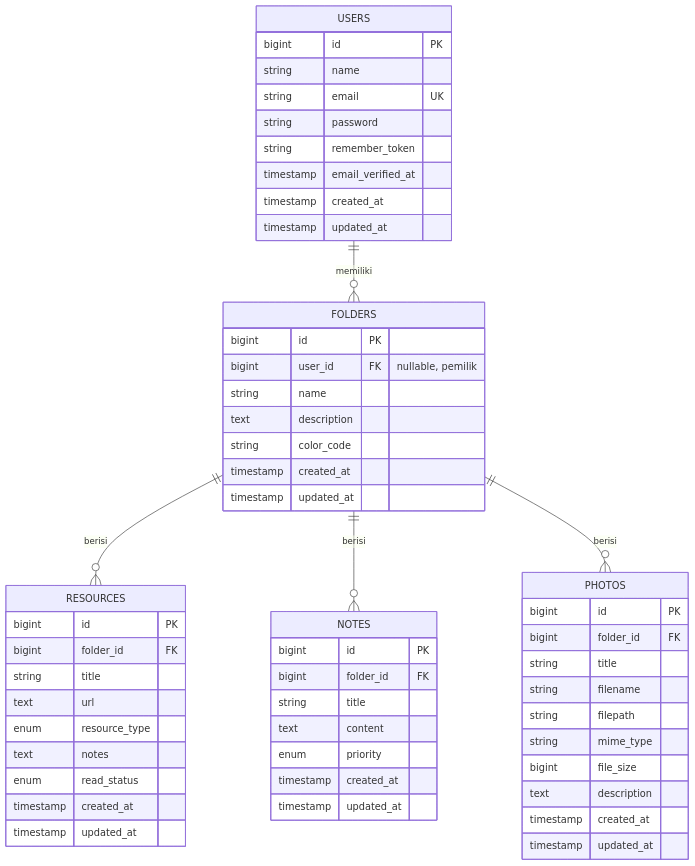
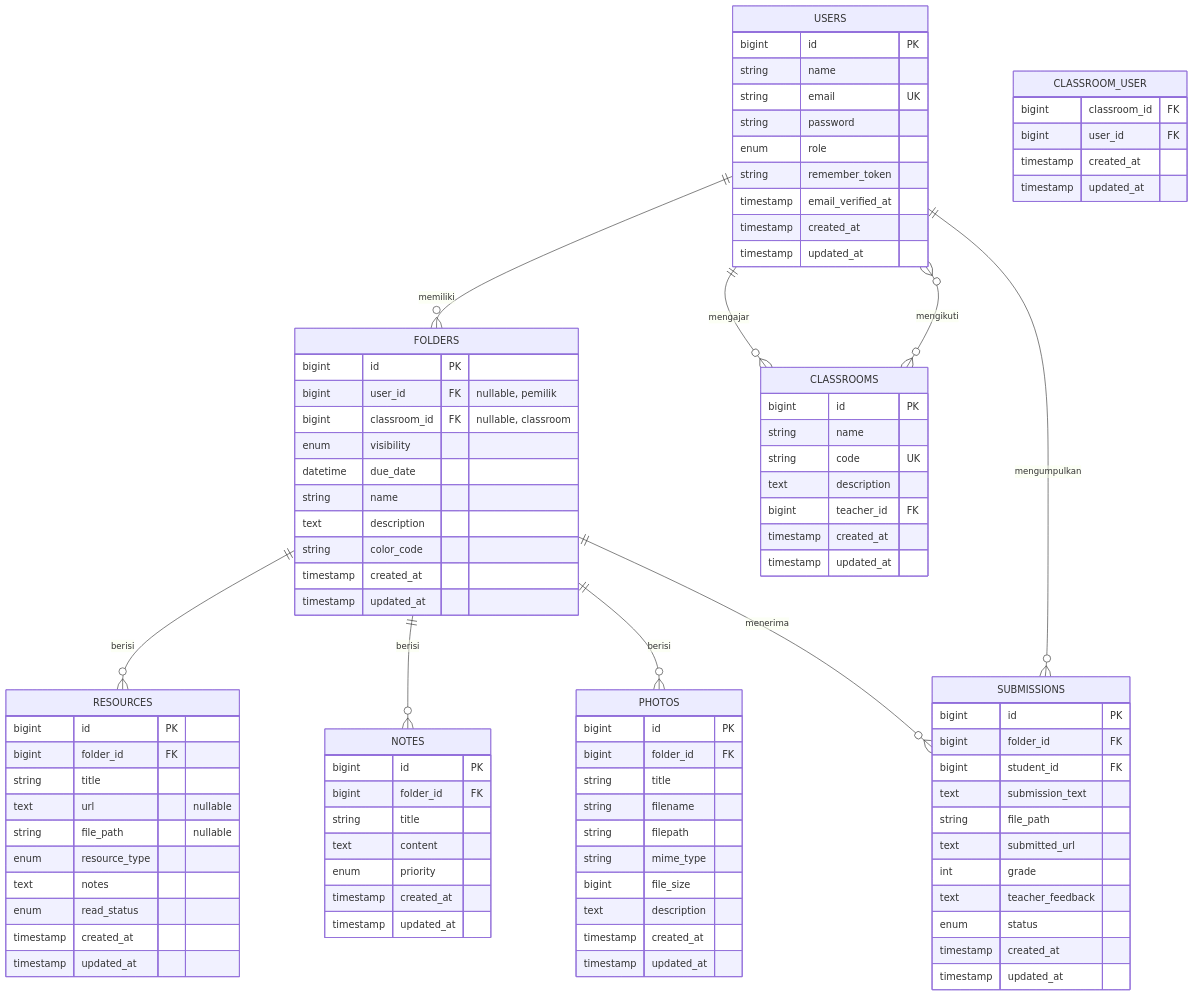
The eighth of 8 diagrams in docs/PRD.md (XWAYLAND/TataKelas), drawn with Mermaid before and after one commit. The commit also changed other lines of this file and 99 other files, not shown here.

````diff
--- a/docs/PRD.md
+++ b/docs/PRD.md
@@ -706,15 +747,20 @@
 ```mermaid
 erDiagram
     USERS ||--o{ FOLDERS : "memiliki"
+    USERS ||--o{ CLASSROOMS : "mengajar"
+    USERS }o--o{ CLASSROOMS : "mengikuti"
     FOLDERS ||--o{ RESOURCES : "berisi"
     FOLDERS ||--o{ NOTES : "berisi"
     FOLDERS ||--o{ PHOTOS : "berisi"
+    FOLDERS ||--o{ SUBMISSIONS : "menerima"
+    USERS ||--o{ SUBMISSIONS : "mengumpulkan"
 
     USERS {
         bigint id PK
         string name
         string email UK
         string password
+        enum role
         string remember_token
         timestamp email_verified_at
         timestamp created_at
@@ -724,6 +770,9 @@
     FOLDERS {
         bigint id PK
         bigint user_id FK "nullable, pemilik"
+        bigint classroom_id FK "nullable, classroom"
+        enum visibility
+        datetime due_date
         string name
         text description
         string color_code
@@ -735,10 +784,42 @@
         bigint id PK
         bigint folder_id FK
         string title
-        text url
+        text url "nullable"
+        string file_path "nullable"
         enum resource_type
         text notes
         enum read_status
+        timestamp created_at
+        timestamp updated_at
+    }
+
+    CLASSROOMS {
+        bigint id PK
+        string name
+        string code UK
+        text description
+        bigint teacher_id FK
+        timestamp created_at
+        timestamp updated_at
+    }
+
+    CLASSROOM_USER {
+        bigint classroom_id FK
+        bigint user_id FK
+        timestamp created_at
+        timestamp updated_at
+    }
+
+    SUBMISSIONS {
+        bigint id PK
+        bigint folder_id FK
+        bigint student_id FK
+        text submission_text
+        string file_path
+        text submitted_url
+        int grade
+        text teacher_feedback
+        enum status
         timestamp created_at
         timestamp updated_at
     }
````
